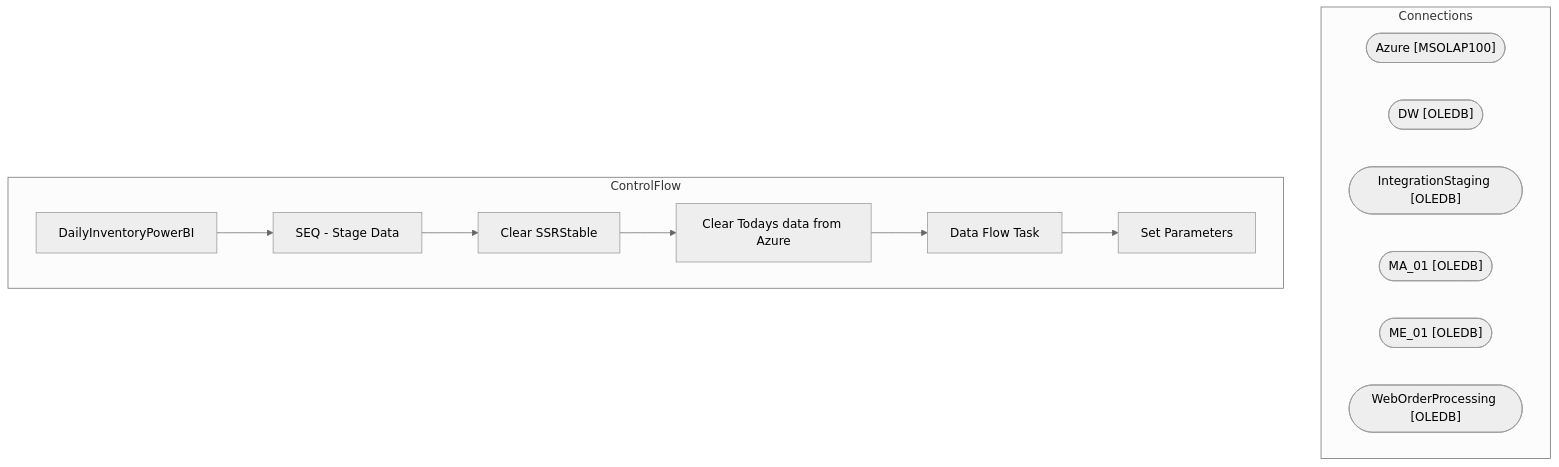
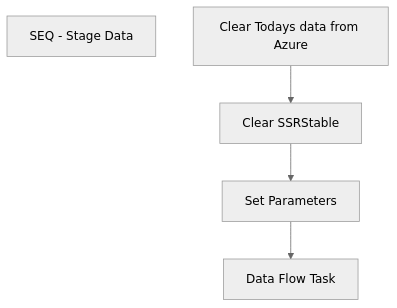
One commit to juanandresbrain/BABSkills changed the diagram in bab-docs-explorer/Documentation/STL-SSIS-P-01/SSIS/Azure/DailyInventoryPowerBI.DailyInventoryPowerBI.md. Above: the diagram before and after it, drawn with Mermaid (neutral theme). The commit also changed other lines of this file and 273 other files, not shown here.

````diff
--- a/bab-docs-explorer/Documentation/STL-SSIS-P-01/SSIS/Azure/DailyInventoryPowerBI.DailyInventoryPowerBI.md
+++ b/bab-docs-explorer/Documentation/STL-SSIS-P-01/SSIS/Azure/DailyInventoryPowerBI.DailyInventoryPowerBI.md
@@ -9,24 +41,11 @@
 ```mermaid
 flowchart TD
-    subgraph Connections
-        Azure_conn(["Azure [MSOLAP100]"])
-        DW_conn(["DW [OLEDB]"])
-        IntegrationStaging_conn(["IntegrationStaging [OLEDB]"])
-        MA_01_conn(["MA_01 [OLEDB]"])
-        ME_01_conn(["ME_01 [OLEDB]"])
-        WebOrderProcessing_conn(["WebOrderProcessing [OLEDB]"])
-    end
-    subgraph ControlFlow
-        DailyInventoryPowerBI_task["DailyInventoryPowerBI"]
-        SEQ___Stage_Data_task["SEQ - Stage Data"]
-        DailyInventoryPowerBI_task --> SEQ___Stage_Data_task
-        Clear_SSRStable_task["Clear SSRStable"]
-        SEQ___Stage_Data_task --> Clear_SSRStable_task
-        Clear_Todays_data_from_Azure_task["Clear Todays data from Azure"]
-        Clear_SSRStable_task --> Clear_Todays_data_from_Azure_task
-        Data_Flow_Task_task["Data Flow Task"]
-        Clear_Todays_data_from_Azure_task --> Data_Flow_Task_task
-        Set_Parameters_task["Set Parameters"]
-        Data_Flow_Task_task --> Set_Parameters_task
-    end
+    n_Package_SEQ___Stage_Data["SEQ - Stage Data"]
+    n_Package_SEQ___Stage_Data_Clear_SSRStable["Clear SSRStable"]
+    n_Package_SEQ___Stage_Data_Clear_Todays_data_from_Azure["Clear Todays data from Azure"]
+    n_Package_SEQ___Stage_Data_Data_Flow_Task["Data Flow Task"]
+    n_Package_SEQ___Stage_Data_Set_Parameters["Set Parameters"]
+    n_Package_SEQ___Stage_Data_Clear_SSRStable --> n_Package_SEQ___Stage_Data_Set_Parameters
+    n_Package_SEQ___Stage_Data_Set_Parameters --> n_Package_SEQ___Stage_Data_Data_Flow_Task
+    n_Package_SEQ___Stage_Data_Clear_Todays_data_from_Azure --> n_Package_SEQ___Stage_Data_Clear_SSRStable
 ```
````
